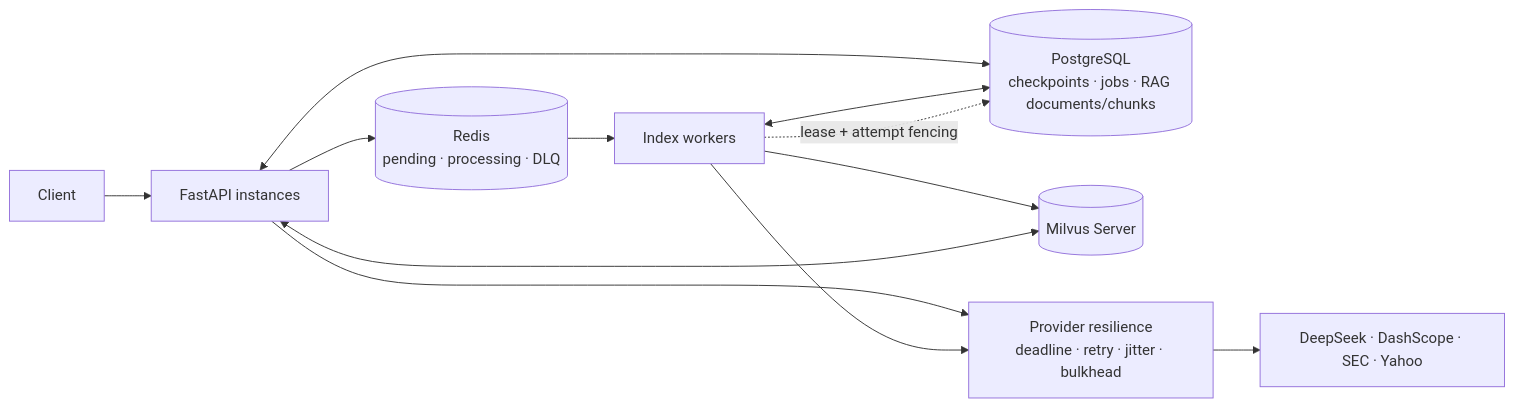
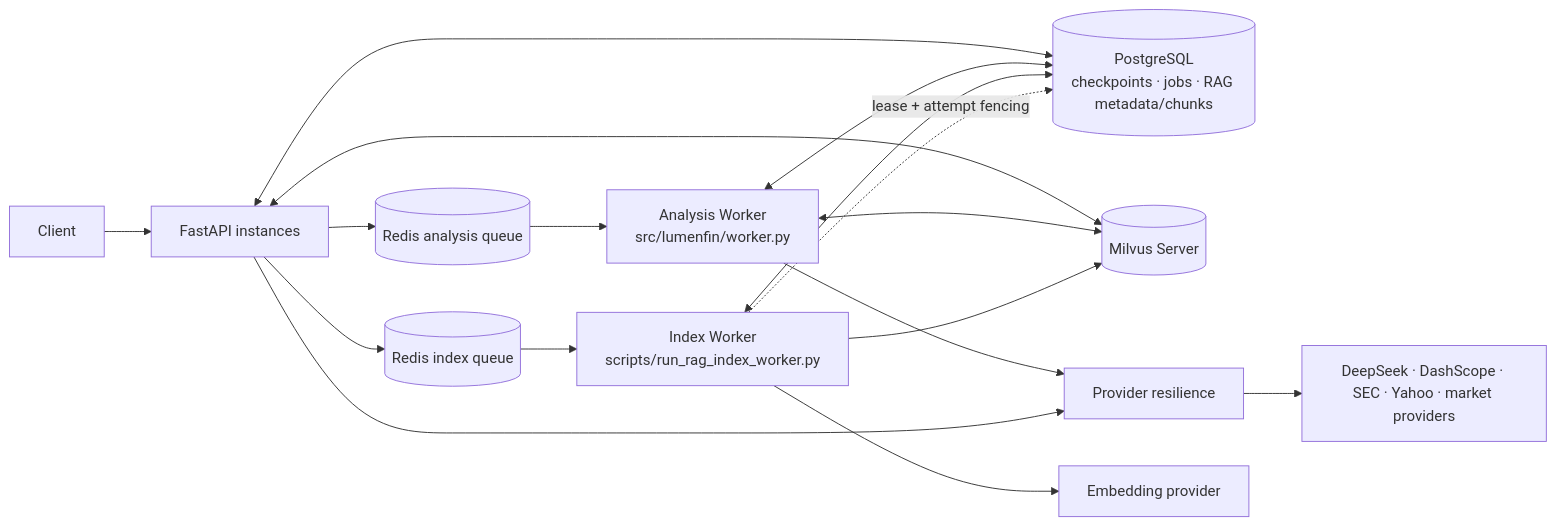
Before and after one commit to majiali423/lumenfin-agent: the second of 2 diagrams in docs/FINAL_ARCHITECTURE.md, drawn with Mermaid. The commit also changed other lines of this file and 4 other files, not shown here.

````diff
--- a/docs/FINAL_ARCHITECTURE.md
+++ b/docs/FINAL_ARCHITECTURE.md
@@ -221,18 +254,26 @@
 ```mermaid
 flowchart LR
     CLIENT["Client"] --> API["FastAPI instances"]
 
-    API <--> PG[("PostgreSQL<br/>checkpoints · jobs · RAG documents/chunks")]
-    API --> REDIS[("Redis<br/>pending · processing · DLQ")]
-    REDIS --> WORKER["Index workers"]
+    API <--> PG[("PostgreSQL<br/>checkpoints · jobs · RAG metadata/chunks")]
+    API --> AQ[("Redis analysis queue")]
+    API --> IQ[("Redis index queue")]
 
-    WORKER <--> PG
-    WORKER --> MILVUS[("Milvus Server")]
-    API <--> MILVUS
+    AQ --> AW["Analysis Worker<br/>src/lumenfin/worker.py"]
+    IQ --> IW["Index Worker<br/>scripts/run_rag_index_worker.py"]
 
-    API --> RES["Provider resilience<br/>deadline · retry · jitter · bulkhead"]
-    WORKER --> RES
-    RES --> EXT["DeepSeek · DashScope · SEC · Yahoo"]
+    AW <--> PG
+    IW <--> PG
 
-    WORKER -. "lease + attempt fencing" .-> PG
+    API <--> MV[("Milvus Server")]
+    AW <--> MV
+    IW --> MV
+
+    AW --> PR["Provider resilience"]
+    API --> PR
+    IW --> EMB["Embedding provider"]
+
+    PR --> EXT["DeepSeek · DashScope · SEC · Yahoo · market providers"]
+
+    IW -. "lease + attempt fencing" .-> PG
 ```
````
